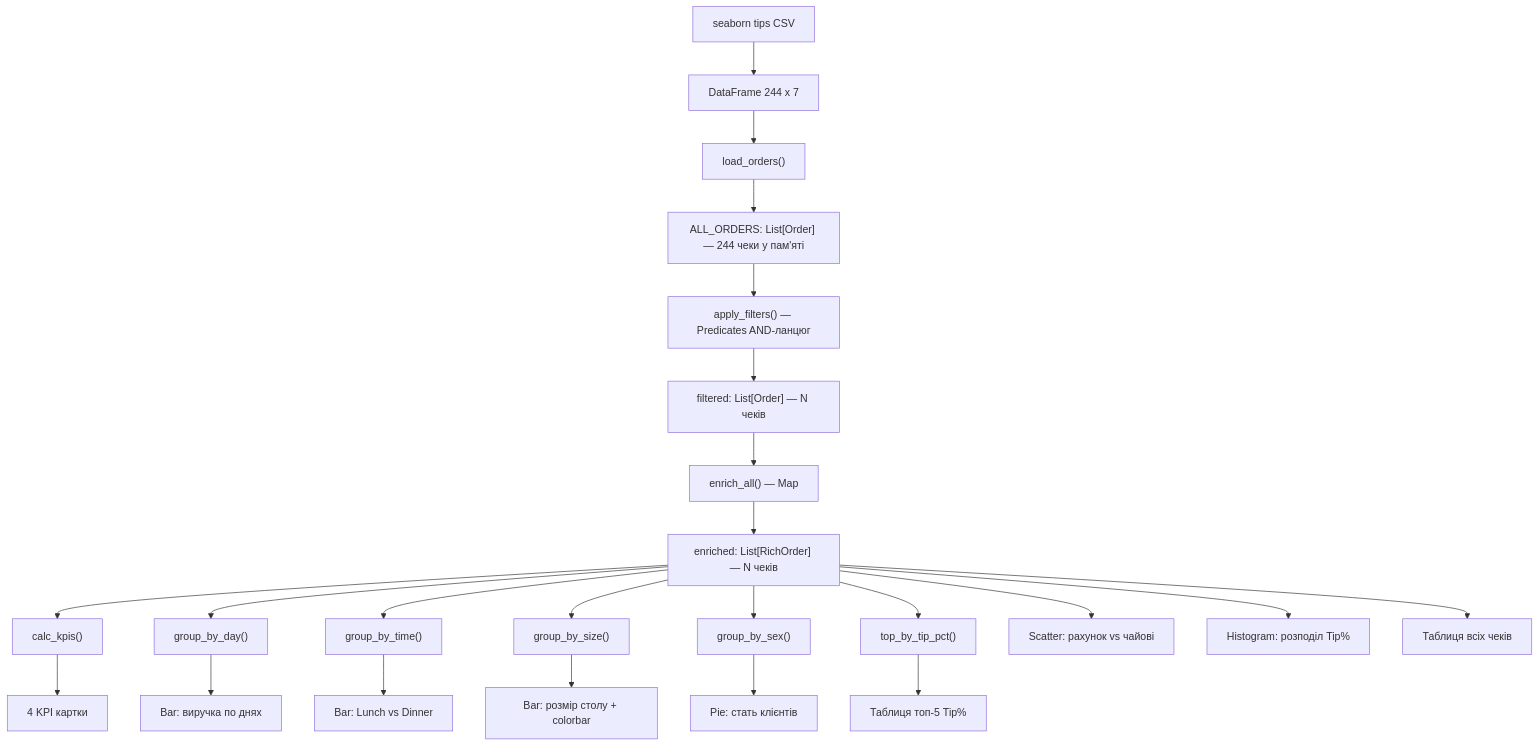
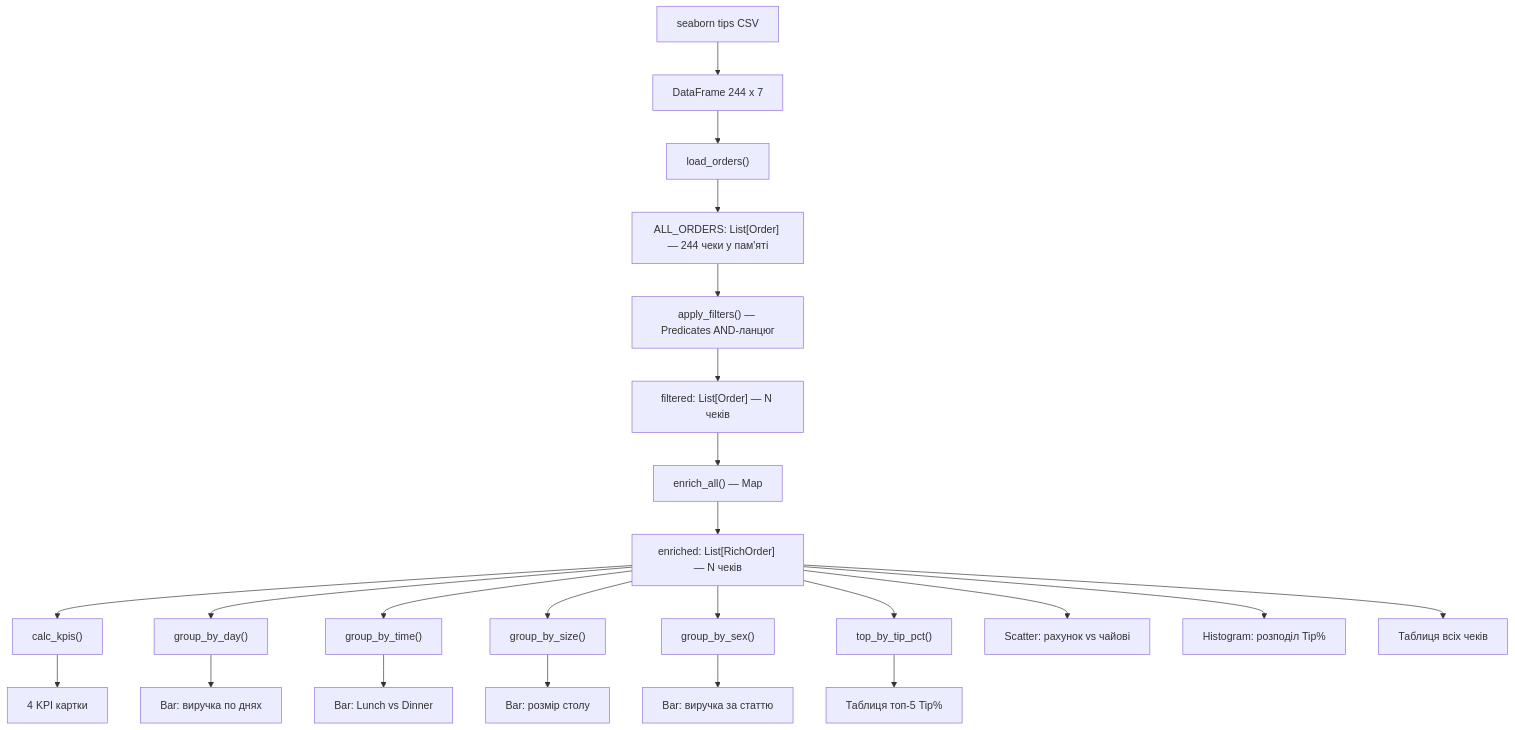
Before and after one commit to BohomolovR/PY-Course-Victor-Nikoriak-22-09-2026: diagram 15 of 16 in module_1/lessons/lesson_07_functions/restaurant_dashboard_alg.md, drawn with Mermaid. The commit also changed other lines of this file and 5 other files, not shown here.

````diff
--- a/module_1/lessons/lesson_07_functions/restaurant_dashboard_alg.md
+++ b/module_1/lessons/lesson_07_functions/restaurant_dashboard_alg.md
@@ -601,30 +616,30 @@
 ```mermaid
 flowchart TD
 
 RAW[seaborn tips CSV] --> DF[DataFrame 244 x 7]
 DF --> LOAD["load_orders()"]
 LOAD --> ALL["ALL_ORDERS: List[Order] — 244 чеки у пам'яті"]
 
 ALL --> FILT["apply_filters() — Predicates AND-ланцюг"]
 FILT --> FLIST["filtered: List[Order] — N чеків"]
 
 FLIST --> ENRICH["enrich_all() — Map"]
 ENRICH --> ELIST["enriched: List[RichOrder] — N чеків"]
 
 ELIST --> KPI["calc_kpis()"]
 ELIST --> DAY["group_by_day()"]
 ELIST --> TIME["group_by_time()"]
 ELIST --> SIZE["group_by_size()"]
 ELIST --> SEX["group_by_sex()"]
 ELIST --> TOP["top_by_tip_pct()"]
 
 KPI  --> UI1["4 KPI картки"]
 DAY  --> UI2["Bar: виручка по днях"]
 TIME --> UI3["Bar: Lunch vs Dinner"]
 ELIST --> UI4["Scatter: рахунок vs чайові"]
-SIZE --> UI5["Bar: розмір столу + colorbar"]
+SIZE --> UI5["Bar: розмір столу"]
 ELIST --> UI6["Histogram: розподіл Tip%"]
-SEX  --> UI7["Pie: стать клієнтів"]
+SEX  --> UI7["Bar: виручка за статтю"]
 TOP  --> UI8["Таблиця топ-5 Tip%"]
 ELIST --> UI9["Таблиця всіх чеків"]
 ```
````
